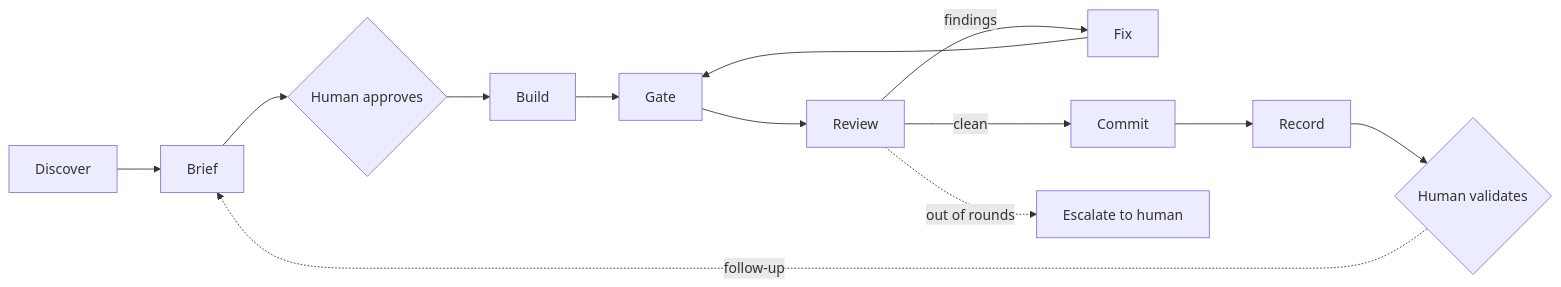
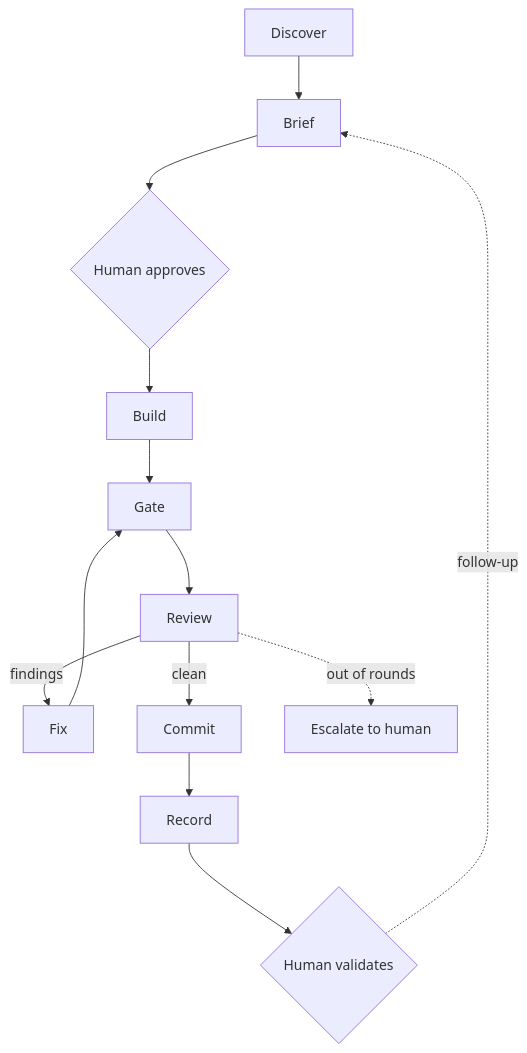
Before and after one commit to lthiagol/crafted-prompt-development: the diagram in README.md, drawn with Mermaid.

Commit message:
Make loop diagram vertical

````diff
--- a/README.md
+++ b/README.md
@@ -20,9 +20,9 @@
 ```mermaid
-flowchart LR
+flowchart TD
     D[Discover] --> B[Brief] --> A{Human approves}
     A --> Bu[Build] --> G[Gate] --> R[Review]
     R -->|findings| F[Fix] --> G
     R -->|clean| C[Commit] --> Rec[Record] --> V{Human validates}
     R -.->|out of rounds| H[Escalate to human]
     V -.->|follow-up| B
 ```
````
